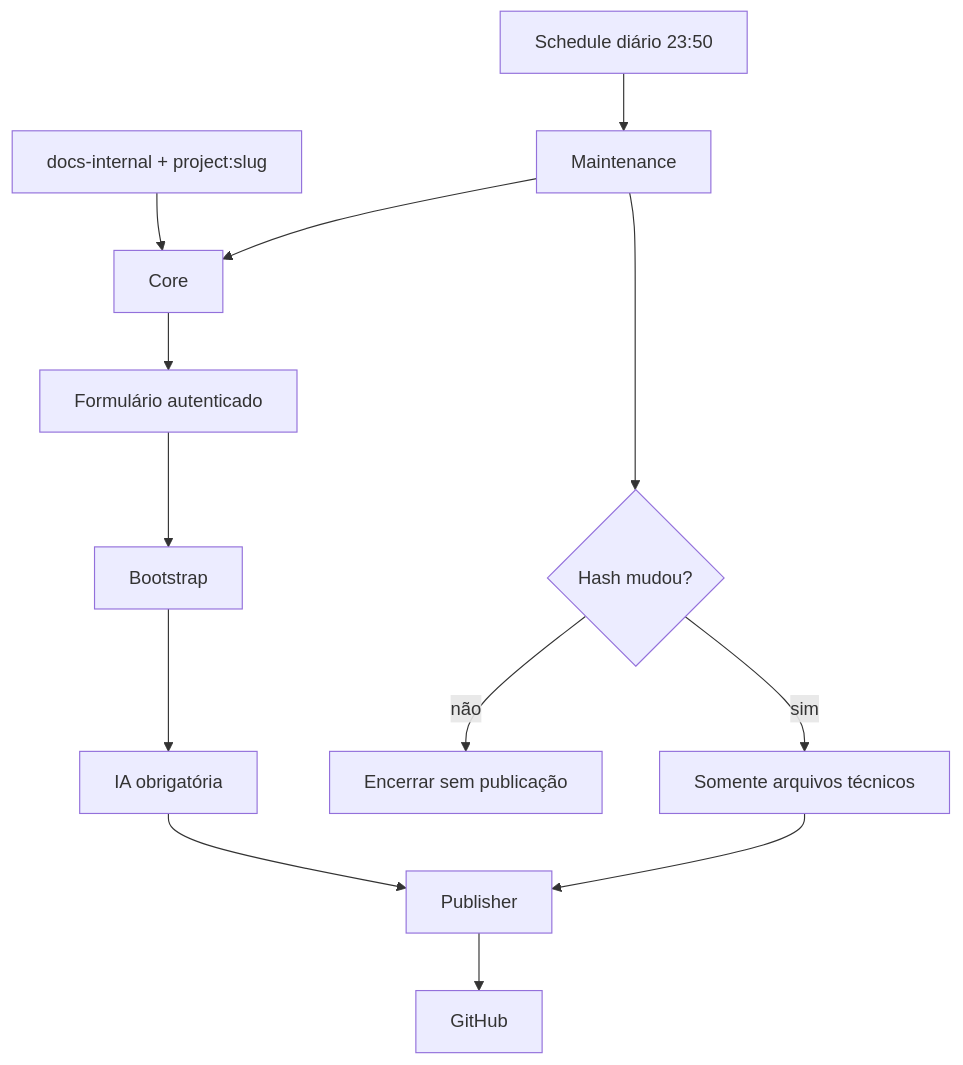
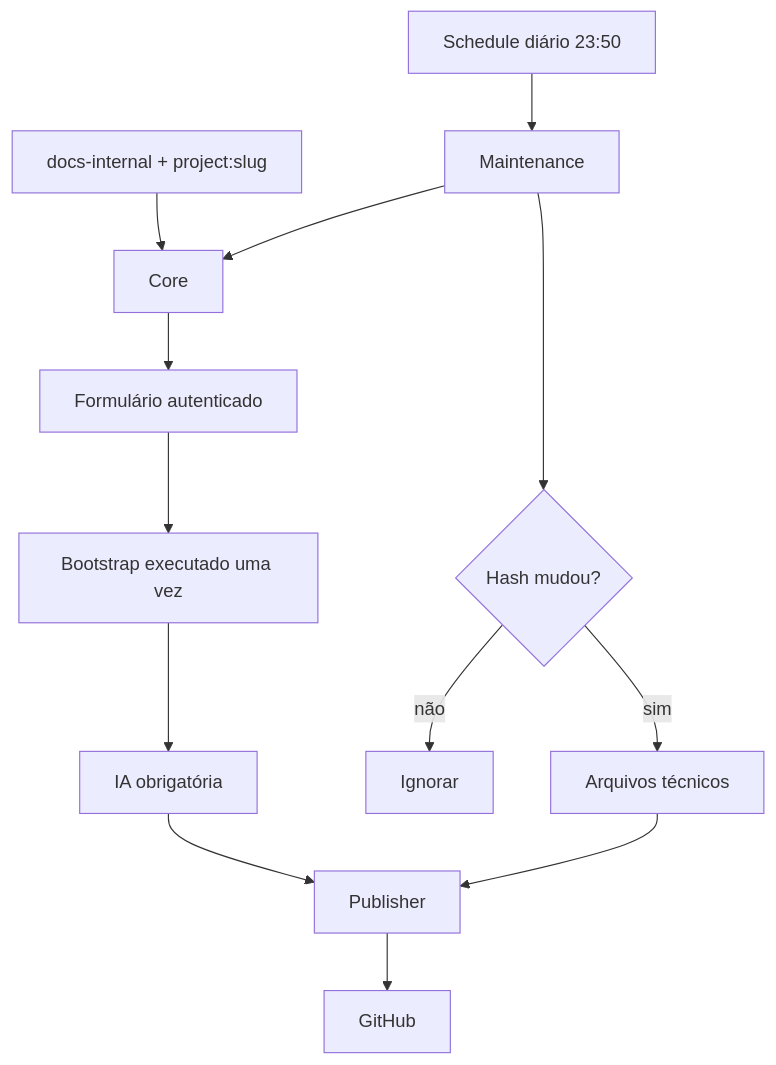
Before and after one commit to jhvlima/n8n-workflows: the diagram in README.md, drawn with Mermaid. The commit also changed other lines of this file and 19 other files, not shown here.

````diff
--- a/README.md
+++ b/README.md
@@ -22,16 +29,16 @@
 ```mermaid
 flowchart TD
     T[docs-internal + project:slug] --> C[Core]
     C --> F[Formulário autenticado]
-    F --> B[Bootstrap]
+    F --> B[Bootstrap executado uma vez]
     B --> A[IA obrigatória]
     A --> P[Publisher]
     P --> G[GitHub]
 
     S[Schedule diário 23:50] --> M[Maintenance]
     M --> C
     M --> H{Hash mudou?}
-    H -->|não| X[Encerrar sem publicação]
-    H -->|sim| Q[Somente arquivos técnicos]
+    H -->|não| X[Ignorar]
+    H -->|sim| Q[Arquivos técnicos]
     Q --> P
 ```
````
